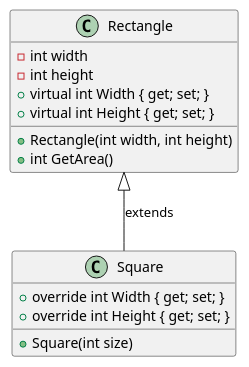
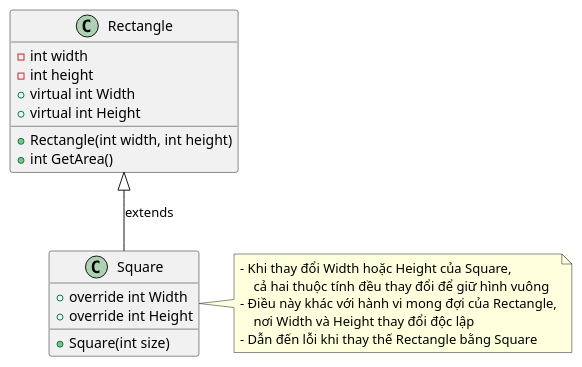
One commit to longhuynhdev/solid-bad-designs changed the diagram in Diagrams/Liskov-Substitution.plantuml. Above: the diagram before and after it, drawn with PlantUML. The commit also changed 27 other files, not shown here.

Commit message:
feat: Add class diagrams and solutions for Interface Segregation, Dependency-Inversion principles

```diff
--- a/Diagrams/Liskov-Substitution.plantuml
+++ b/Diagrams/Liskov-Substitution.plantuml
@@ -1,21 +1,29 @@
 @startuml
 
 class Rectangle {
     -int width
     -int height
-    +virtual int Width { get; set; }
-    +virtual int Height { get; set; }
+    +virtual int Width 
+    +virtual int Height 
     +Rectangle(int width, int height)
     +int GetArea()
 }
 
 class Square {
-    +override int Width { get; set; }
-    +override int Height { get; set; }
+    +override int Width 
+    +override int Height 
     +Square(int size)
 }
 
-' Inheritance relationship
+' Relations between classes
 Rectangle <|-- Square : extends
 
+note right of Square
+- Khi thay đổi Width hoặc Height của Square,
+    cả hai thuộc tính đều thay đổi để giữ hình vuông
+- Điều này khác với hành vi mong đợi của Rectangle,
+    nơi Width và Height thay đổi độc lập
+- Dẫn đến lỗi khi thay thế Rectangle bằng Square
+endnote
+
 @enduml
```
